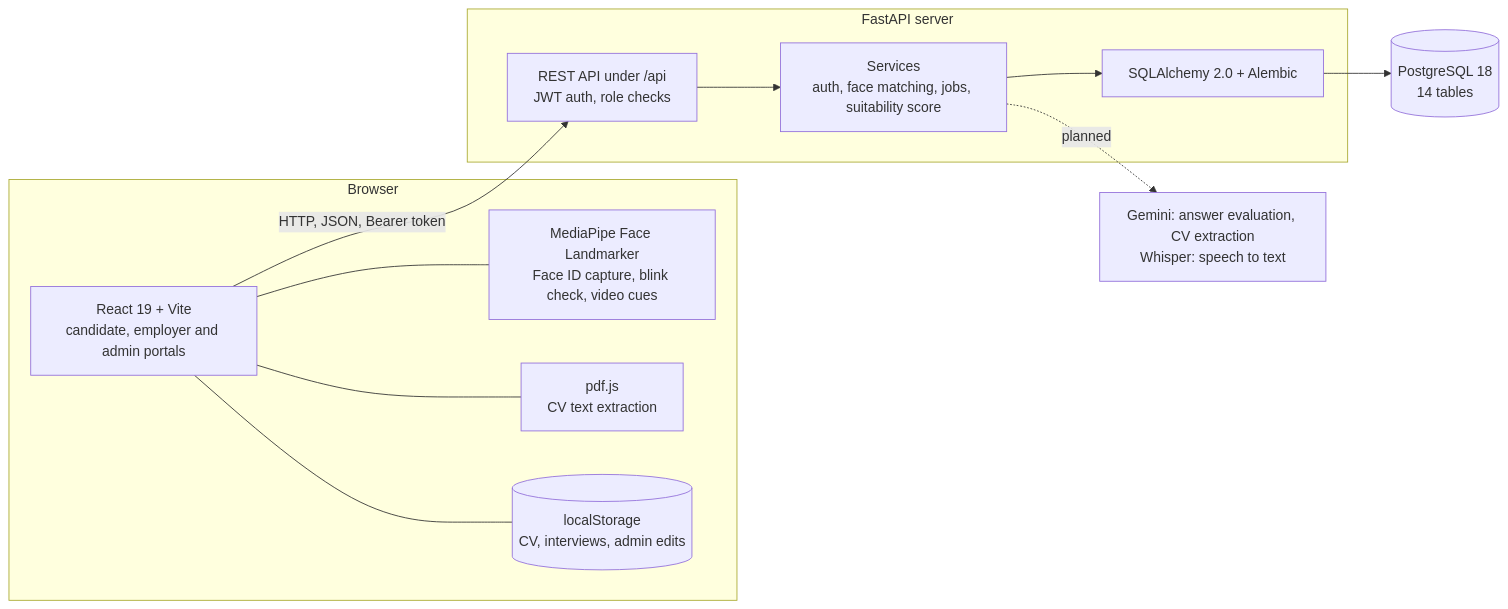
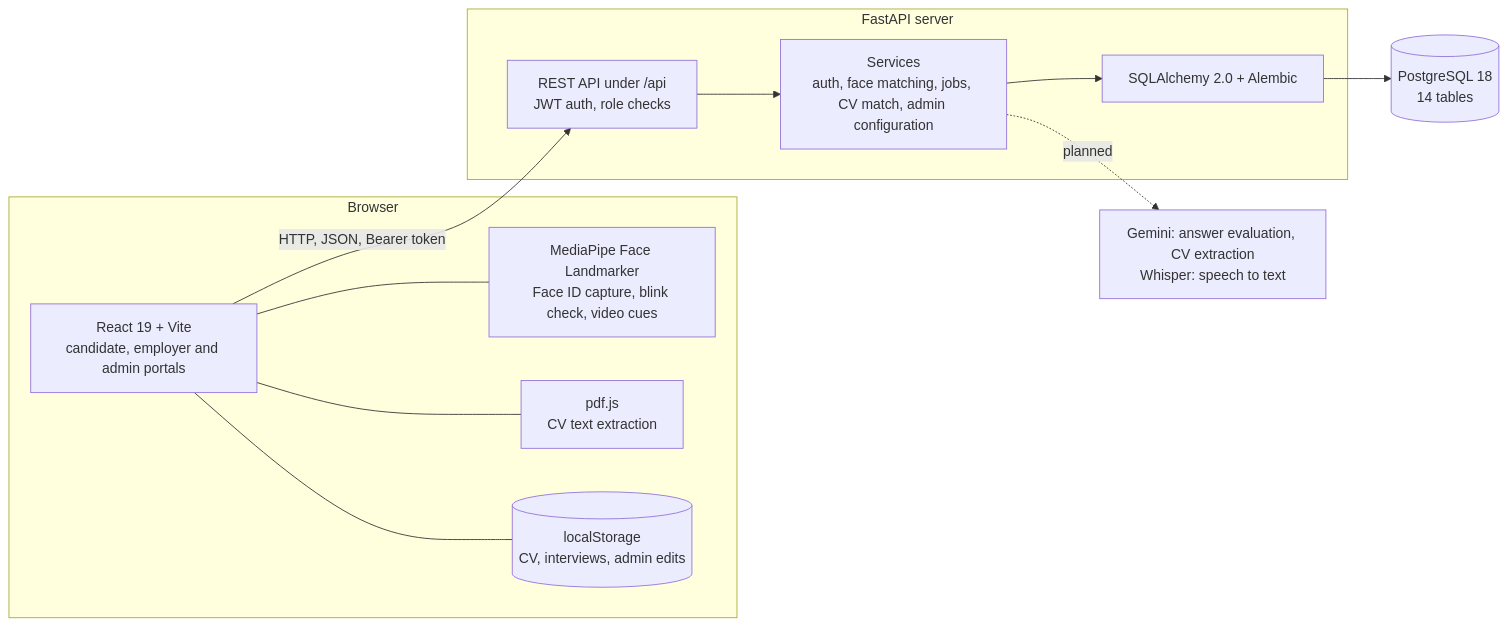
Before and after one commit to shuneenraza-bot/Intervo-Backend: the diagram in README.md, drawn with Mermaid. The commit also changed other lines of this file and 24 other files, not shown here.

First line of the commit message:
Admin configuration endpoints; employers see only the CV skill match

````diff
--- a/README.md
+++ b/README.md
@@ -46,26 +46,26 @@
 ```mermaid
 flowchart LR
     subgraph Browser["Browser"]
         UI["React 19 + Vite<br/>candidate, employer and admin portals"]
         MP["MediaPipe Face Landmarker<br/>Face ID capture, blink check, video cues"]
         PDF["pdf.js<br/>CV text extraction"]
         LS[("localStorage<br/>CV, interviews, admin edits")]
         UI --- MP
         UI --- PDF
         UI --- LS
     end
 
     subgraph Server["FastAPI server"]
         API["REST API under /api<br/>JWT auth, role checks"]
-        SVC["Services<br/>auth, face matching, jobs, suitability score"]
+        SVC["Services<br/>auth, face matching, jobs, CV match, admin configuration"]
         ORM["SQLAlchemy 2.0 + Alembic"]
         API --> SVC --> ORM
     end
 
     DB[("PostgreSQL 18<br/>14 tables")]
     AI["Gemini: answer evaluation, CV extraction<br/>Whisper: speech to text"]
 
     UI -- "HTTP, JSON, Bearer token" --> API
     ORM --> DB
     SVC -. "planned" .-> AI
 ```
````
